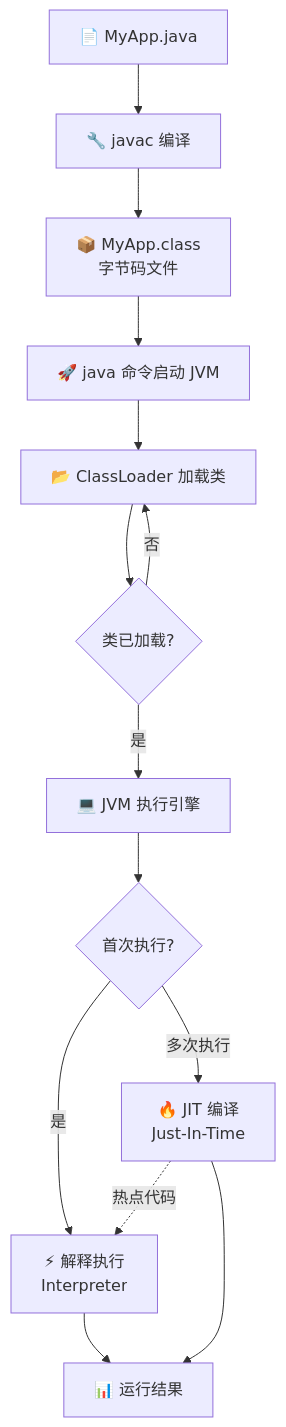
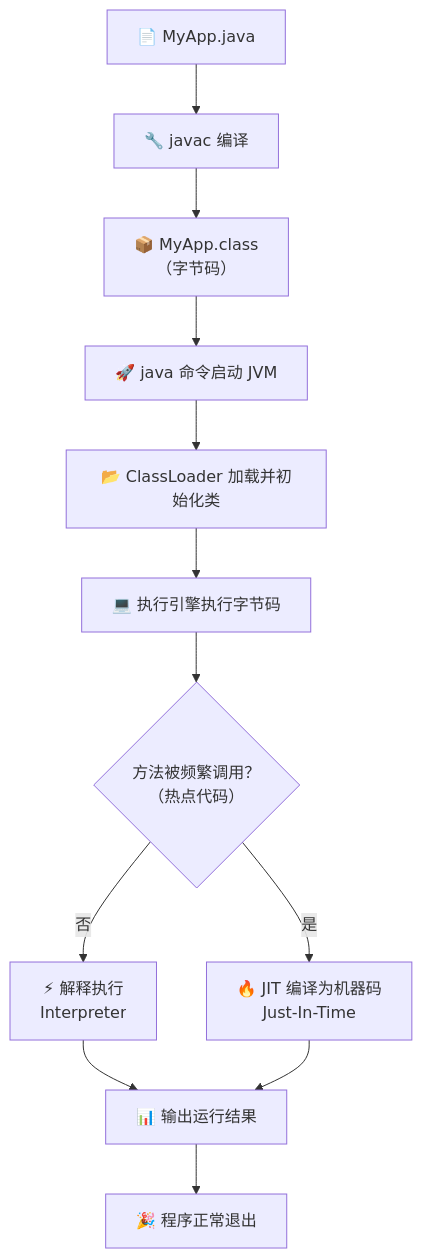
One commit to before80/prgms changed the first of 2 diagrams in content/Java/basic/Chapter-05-run-and-debug.md. Above: the diagram before and after it, drawn with Mermaid. The commit also changed other lines of this file and 1645 other files, not shown here.

````diff
--- a/content/Java/basic/Chapter-05-run-and-debug.md
+++ b/content/Java/basic/Chapter-05-run-and-debug.md
@@ -119,16 +121,14 @@
 ```mermaid
 flowchart TD
     A["📄 MyApp.java"] --> B["🔧 javac 编译"]
-    B --> C["📦 MyApp.class\n字节码文件"]
+    B --> C["📦 MyApp.class<br>（字节码）"]
     C --> D["🚀 java 命令启动 JVM"]
-    D --> E["📂 ClassLoader 加载类"]
-    E --> F{"类已加载?"}
-    F -- 否 --> E
-    F -- 是 --> G["💻 JVM 执行引擎"]
-    G --> H{"首次执行?"}
-    H -- 是 --> I["⚡ 解释执行\nInterpreter"]
-    H -- 多次执行 --> J["🔥 JIT 编译\nJust-In-Time"]
-    I --> K["📊 运行结果"]
-    J --> K
-    J -.-> |"热点代码"| I
+    D --> E["📂 ClassLoader 加载并初始化类"]
+    E --> F["💻 执行引擎执行字节码"]
+    F --> G{"方法被频繁调用？<br>（热点代码）"}
+    G -- 否 --> H["⚡ 解释执行<br>Interpreter"]
+    G -- 是 --> I["🔥 JIT 编译为机器码<br>Just-In-Time"]
+    H --> J["📊 输出运行结果"]
+    I --> J
+    J --> K["🎉 程序正常退出"]
 ```
````
